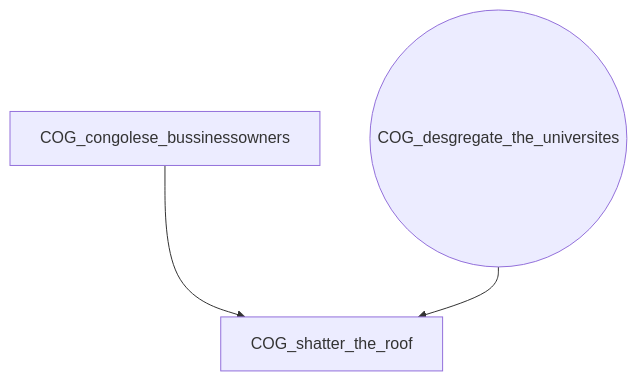
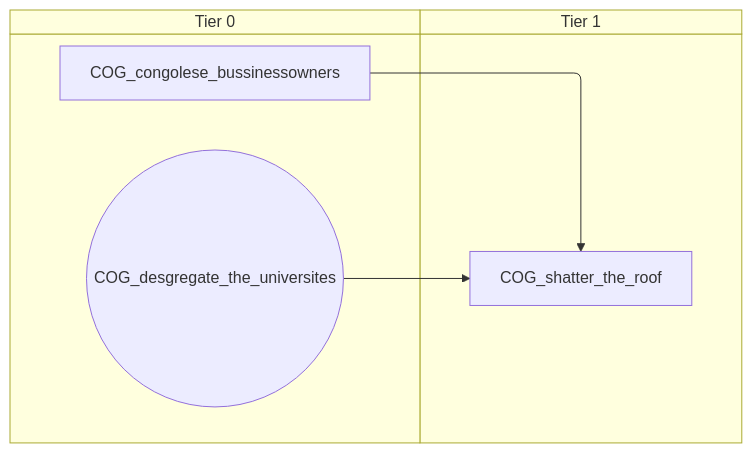
The fourth of 10 diagrams in docs/gdd/National Focuses/r56/congo.md (evgeny-sobol/hoi4-sandbox-mode-r56), drawn with Mermaid before and after one commit. The commit also changed other lines of this file and 423 other files, not shown here.

First line of the commit message:
Re-export Rt56 focus trees as swimlane diagrams

````diff
--- a/docs/gdd/National Focuses/r56/congo.md
+++ b/docs/gdd/National Focuses/r56/congo.md
@@ -158,8 +180,12 @@
 ```mermaid
-flowchart TD
-    n60["COG_congolese_bussinessowners"]
-    n61(("COG_desgregate_the_universites"))
-    n62["COG_shatter_the_roof"]
+swimlane-beta TD
+    subgraph tier_0["Tier 0"]
+        n60["COG_congolese_bussinessowners"]
+        n61(("COG_desgregate_the_universites"))
+    end
+    subgraph tier_1["Tier 1"]
+        n62["COG_shatter_the_roof"]
+    end
     n60 --> n62
     n61 --> n62
 ```
````
